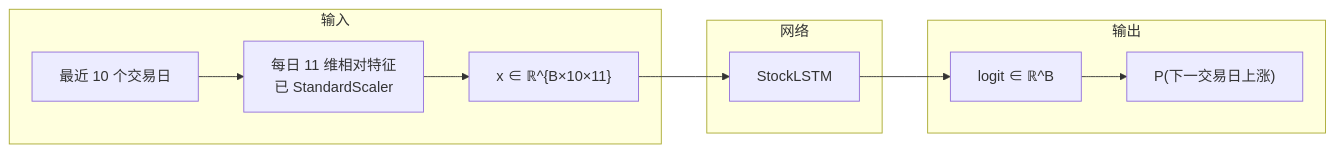
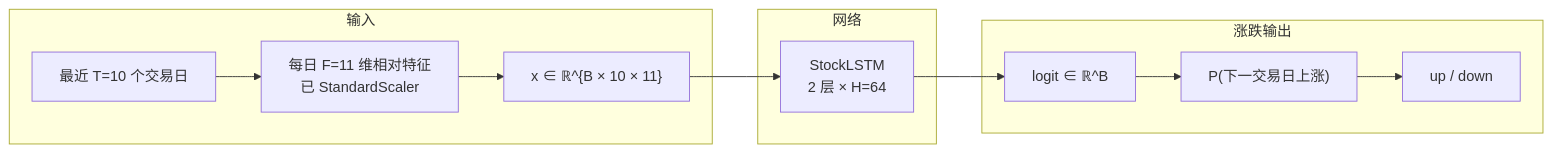
One commit to fanqingsong/stock_predictive changed the fourth of 11 diagrams in docs/model-architecture.md. Above: the diagram before and after it, drawn with Mermaid. The commit also changed other lines of this file, not shown here.

First line of the commit message:
Expand model architecture docs with dual-flow LSTM topology diagrams.

````diff
--- a/docs/model-architecture.md
+++ b/docs/model-architecture.md
@@ -69,17 +217,18 @@
 ```mermaid
 flowchart LR
   subgraph inSide [输入]
-    B1["最近 10 个交易日"]
-    B1 --> F1["每日 11 维相对特征\n已 StandardScaler"]
-    F1 --> X1["x ∈ ℝ^{B×10×11}"]
+    B1["最近 T=10 个交易日"]
+    B1 --> F1["每日 F=11 维相对特征<br/>已 StandardScaler"]
+    F1 --> X1["x ∈ ℝ^{B × 10 × 11}"]
   end
 
   subgraph netSide [网络]
-    X1 --> L1[StockLSTM]
+    X1 --> L1["StockLSTM<br/>2 层 × H=64"]
   end
 
-  subgraph outSide [输出]
+  subgraph outSide [涨跌输出]
     L1 --> Y1["logit ∈ ℝ^B"]
     Y1 --> P1["P(下一交易日上涨)"]
+    P1 --> C1["up / down"]
   end
 ```
````
